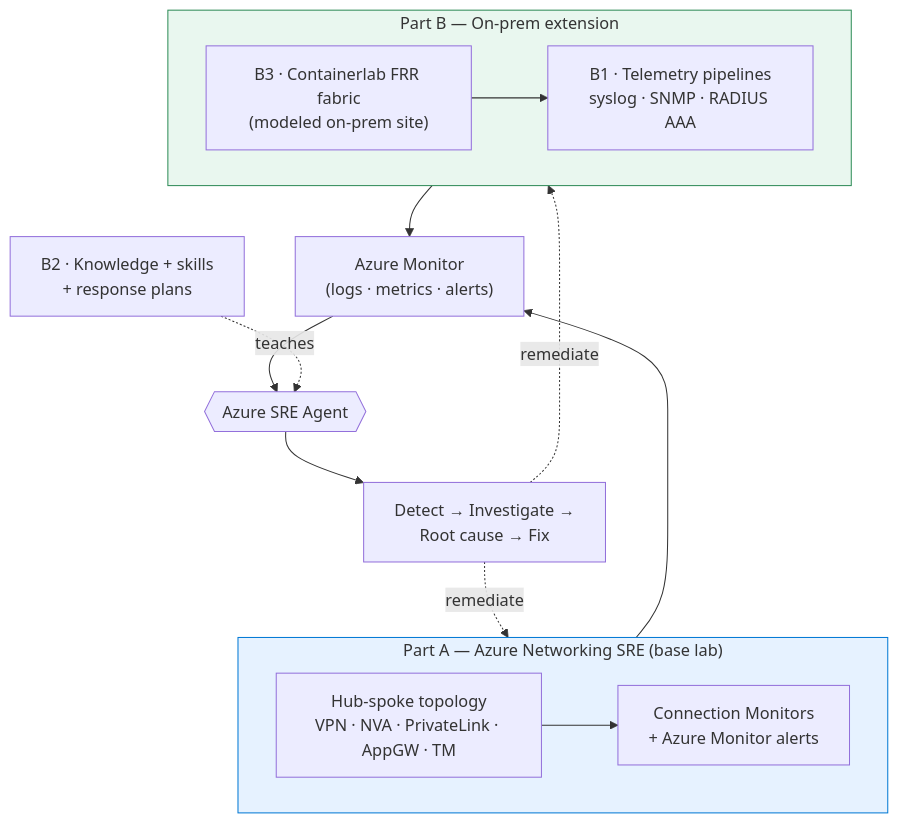
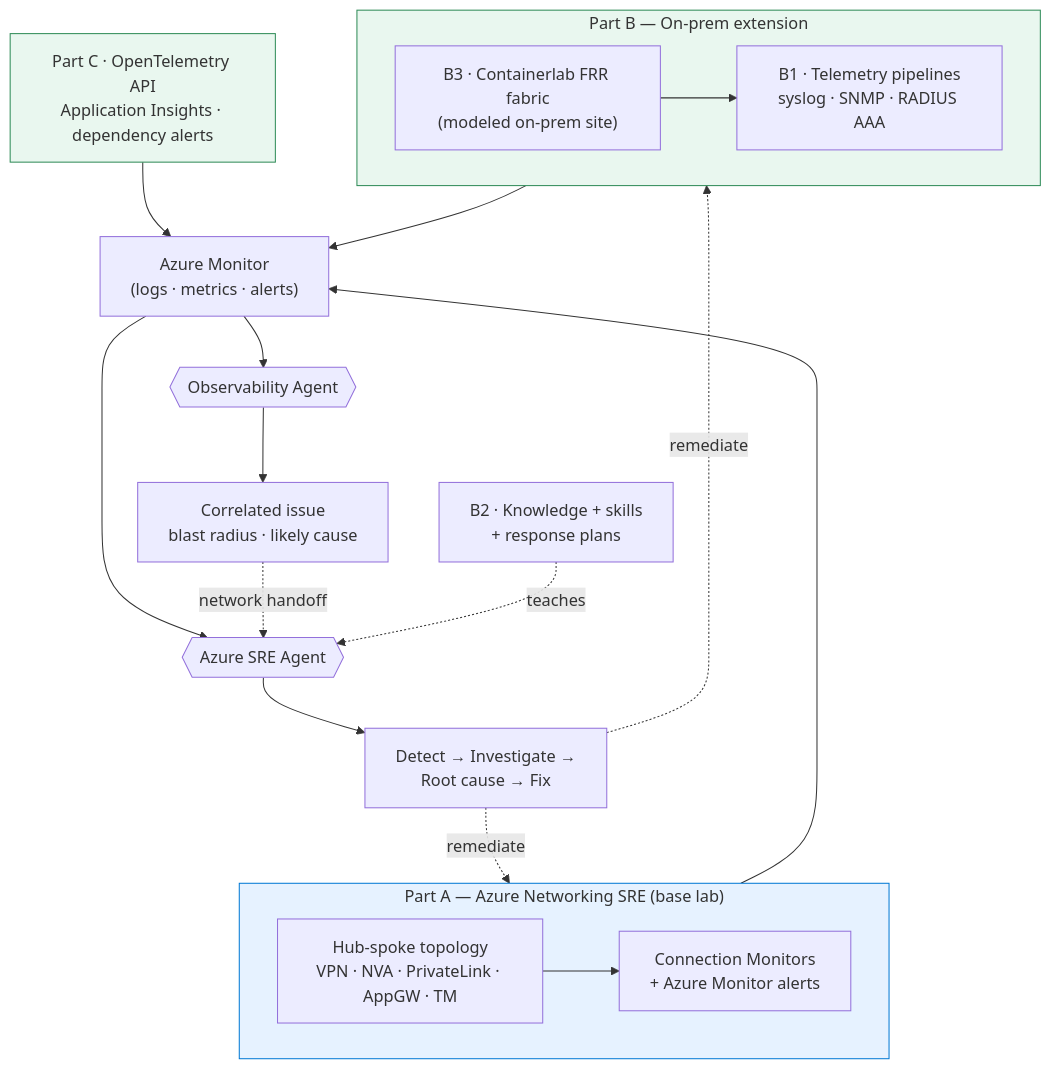
The diagram in README.md (erjosito/networking-sre-agent), drawn with Mermaid before and after one commit. The commit also changed other lines of this file and 14 other files, not shown here.

First line of the commit message:
feat: add observability agent demo

````diff
--- a/README.md
+++ b/README.md
@@ -48,27 +72,32 @@
 ```mermaid
 flowchart TB
     subgraph A["Part A — Azure Networking SRE (base lab)"]
         direction LR
         hubspoke["Hub-spoke topology<br/>VPN · NVA · PrivateLink · AppGW · TM"]
         cm["Connection Monitors<br/>+ Azure Monitor alerts"]
         hubspoke --> cm
     end
     subgraph B["Part B — On-prem extension"]
         direction LR
         clab["B3 · Containerlab FRR fabric<br/>(modeled on-prem site)"]
         tele["B1 · Telemetry pipelines<br/>syslog · SNMP · RADIUS AAA"]
         clab --> tele
     end
     A --> mon["Azure Monitor<br/>(logs · metrics · alerts)"]
     B --> mon
+    C["Part C · OpenTelemetry API<br/>Application Insights · dependency alerts"] --> mon
     mon --> agent{{"Azure SRE Agent"}}
+    mon --> obs{{"Observability Agent"}}
+    obs --> issues["Correlated issue<br/>blast radius · likely cause"]
+    issues -.network handoff.-> agent
     know["B2 · Knowledge + skills<br/>+ response plans"] -.teaches.-> agent
     agent --> loop["Detect → Investigate →<br/>Root cause → Fix"]
     loop -.remediate.-> A
     loop -.remediate.-> B
 
     classDef base fill:#e6f2ff,stroke:#0078d4;
     classDef ext fill:#e9f7ef,stroke:#2e8b57;
     class A base
     class B ext
+    class C ext
 ```
````
